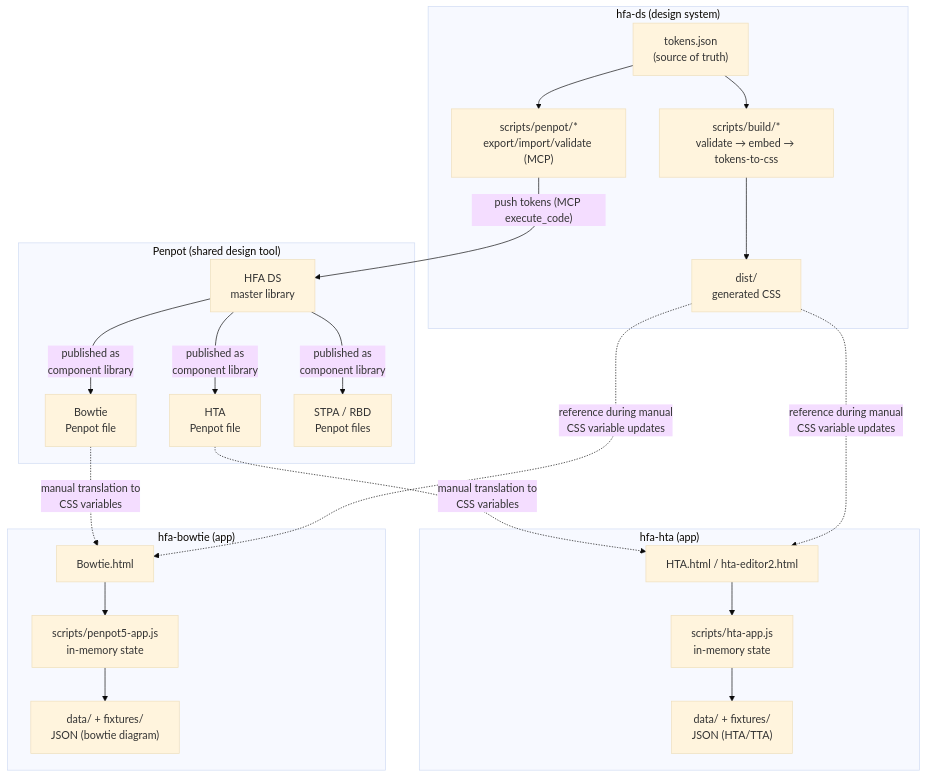
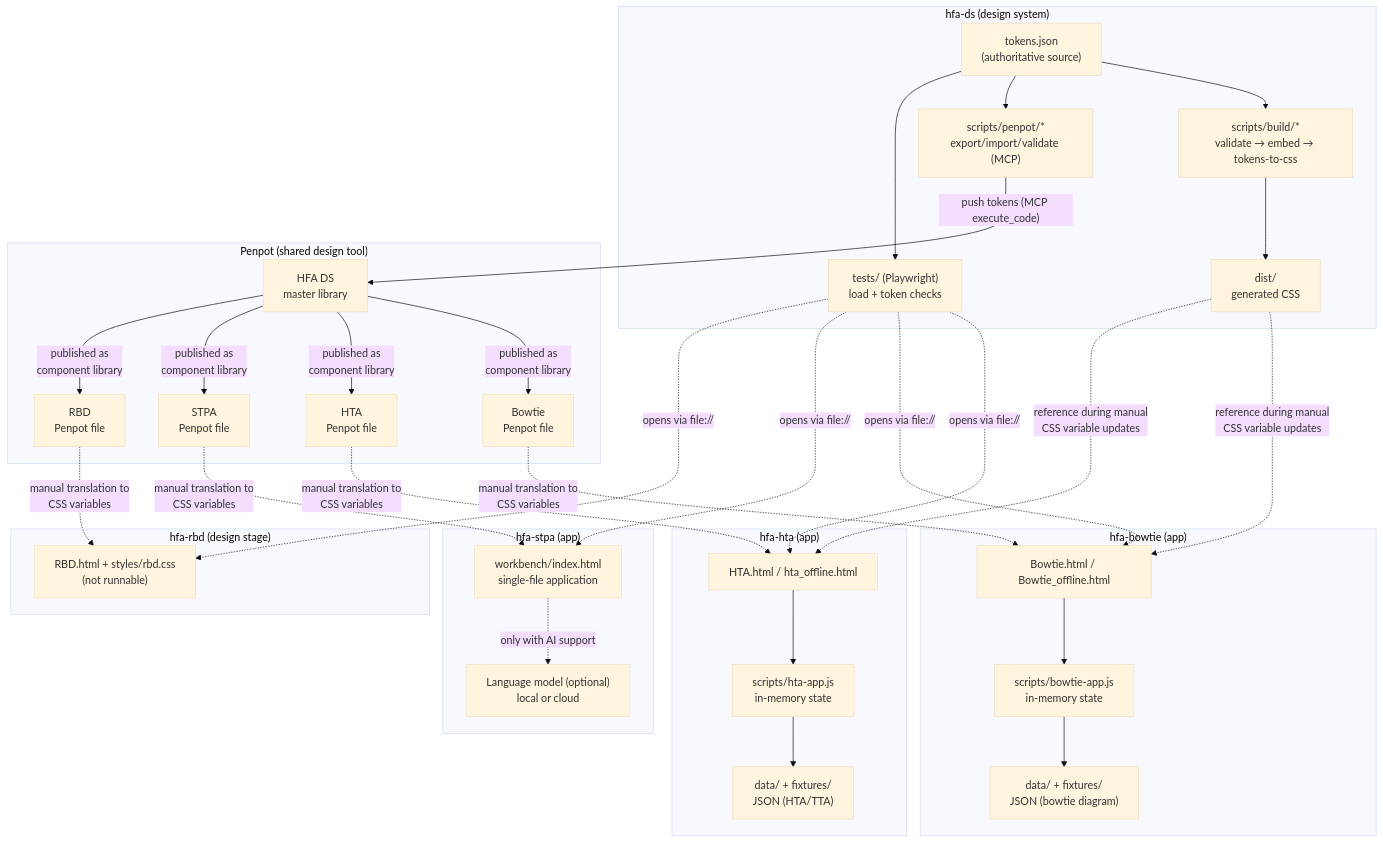
One commit to larswpettersson/hfa-ds changed the first of 3 diagrams in ARCHITECTURE.md. Above: the diagram before and after it, drawn with Mermaid (base theme). The commit also changed other lines of this file and 1 other file, not shown here.

First line of the commit message:
Docs: update architecture for STPA, RBD and the offline-first rationale

````diff
--- a/ARCHITECTURE.md
+++ b/ARCHITECTURE.md
@@ -23,43 +67,64 @@
 ```mermaid
 flowchart TB
     subgraph DS["hfa-ds (design system)"]
-        tokens["tokens.json<br/>(source of truth)"]
+        tokens["tokens.json<br/>(authoritative source)"]
         buildScripts["scripts/build/*<br/>validate → embed → tokens-to-css"]
         penpotScripts["scripts/penpot/*<br/>export/import/validate (MCP)"]
         dist["dist/<br/>generated CSS"]
+        tests["tests/ (Playwright)<br/>load + token checks"]
         tokens --> buildScripts --> dist
         tokens --> penpotScripts
+        tokens --> tests
     end
 
     subgraph Penpot["Penpot (shared design tool)"]
         masterLib["HFA DS<br/>master library"]
         bowtieFile["Bowtie<br/>Penpot file"]
         htaFile["HTA<br/>Penpot file"]
-        otherFiles["STPA / RBD<br/>Penpot files"]
+        stpaFile["STPA<br/>Penpot file"]
+        rbdFile["RBD<br/>Penpot file"]
     end
 
     subgraph HTA["hfa-hta (app)"]
-        htaHtml["HTA.html / hta-editor2.html"]
+        htaHtml["HTA.html / hta_offline.html"]
         htaApp["scripts/hta-app.js<br/>in-memory state"]
         htaData["data/ + fixtures/<br/>JSON (HTA/TTA)"]
         htaHtml --> htaApp --> htaData
     end
 
     subgraph Bowtie["hfa-bowtie (app)"]
-        bowtieHtml["Bowtie.html"]
-        bowtieApp["scripts/penpot5-app.js<br/>in-memory state"]
+        bowtieHtml["Bowtie.html / Bowtie_offline.html"]
+        bowtieApp["scripts/bowtie-app.js<br/>in-memory state"]
         bowtieData["data/ + fixtures/<br/>JSON (bowtie diagram)"]
         bowtieHtml --> bowtieApp --> bowtieData
+    end
+
+    subgraph STPA["hfa-stpa (app)"]
+        wb["workbench/index.html<br/>single-file application"]
+        llm["Language model (optional)<br/>local or cloud"]
+        wb -. "only with AI support" .-> llm
+    end
+
+    subgraph RBD["hfa-rbd (design stage)"]
+        rbdHtml["RBD.html + styles/rbd.css<br/>(not runnable)"]
     end
 
     penpotScripts -- "push tokens (MCP execute_code)" --> masterLib
     masterLib -- "published as<br/>component library" --> bowtieFile
     masterLib -- "published as<br/>component library" --> htaFile
-    masterLib -- "published as<br/>component library" --> otherFiles
+    masterLib -- "published as<br/>component library" --> stpaFile
+    masterLib -- "published as<br/>component library" --> rbdFile
 
     bowtieFile -. "manual translation to<br/>CSS variables" .-> bowtieHtml
     htaFile -. "manual translation to<br/>CSS variables" .-> htaHtml
+    stpaFile -. "manual translation to<br/>CSS variables" .-> wb
+    rbdFile -. "manual translation to<br/>CSS variables" .-> rbdHtml
 
     dist -. "reference during manual<br/>CSS variable updates" .-> bowtieHtml
     dist -. "reference during manual<br/>CSS variable updates" .-> htaHtml
+
+    tests -. "opens via file://" .-> htaHtml
+    tests -. "opens via file://" .-> bowtieHtml
+    tests -. "opens via file://" .-> wb
+    tests -. "opens via file://" .-> rbdHtml
 ```
````
